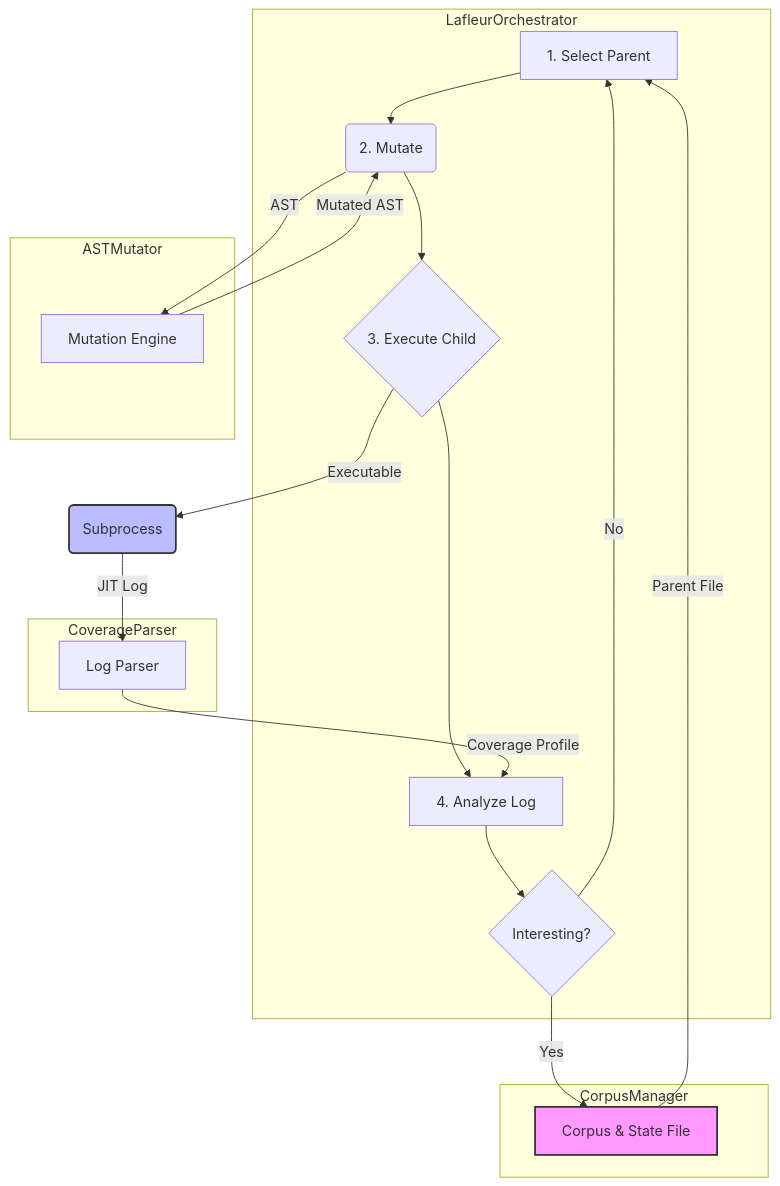
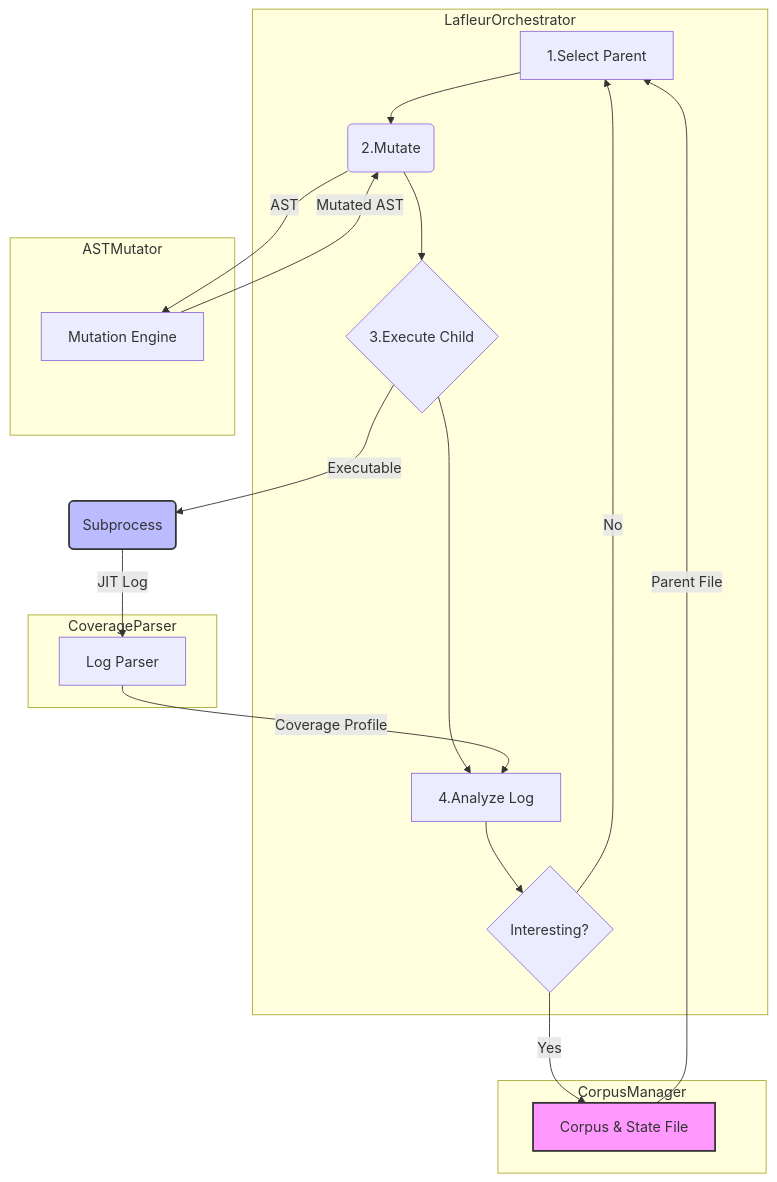
One commit to devdanzin/lafleur changed the diagram in doc/dev/01_architecture_overview.md. Above: the diagram before and after it, drawn with Mermaid.

Commit message:
Fix mermaid diagram content failing to parse due to looking like markdown lists.

````diff
--- a/doc/dev/01_architecture_overview.md
+++ b/doc/dev/01_architecture_overview.md
@@ -24,34 +24,34 @@
 ```mermaid
 flowchart TD
     subgraph LafleurOrchestrator
-    A[1. Select Parent] --> B(2. Mutate);
-    B --> C{3. Execute Child};
-    C --> D[4. Analyze Log];
+    A[1.Select Parent] --> B(2.Mutate);
+    B --> C{3.Execute Child};
+    C --> D[4.Analyze Log];
     D --> E{Interesting?};
     end
 
     subgraph CorpusManager
         F[Corpus & State File]
     end
 
     subgraph ASTMutator
         G[Mutation Engine]
     end
 
     subgraph CoverageParser
         H[Log Parser]
     end
 
     F -- Parent File --> A;
     B -- AST --> G;
     G -- Mutated AST --> B;
     C -- Executable --> I(Subprocess);
     I -- JIT Log --> H;
     H -- Coverage Profile --> D;
     
     E -- Yes --> F;
     E -- No --> A;
 
     style F fill:#f9f,stroke:#333,stroke-width:2px
     style I fill:#bbf,stroke:#333,stroke-width:2px
 ```
````
